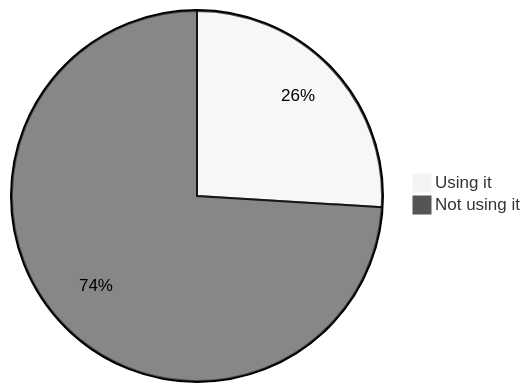
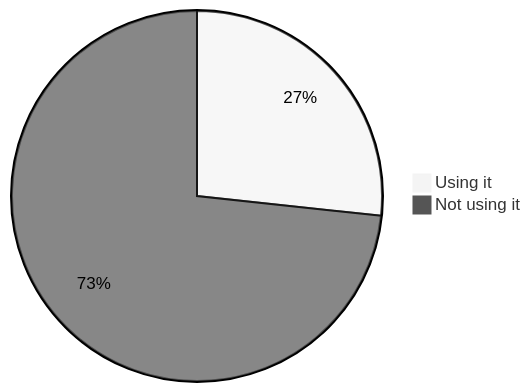
One commit to oshp/oshp-stats changed diagram 14 of 22 in stats.md. Above: the diagram before and after it, drawn with Mermaid (neutral theme). The commit also changed other lines of this file, not shown here.

````diff
--- a/stats.md
+++ b/stats.md
@@ -166,6 +166,6 @@
 ```mermaid
 pie
-	"Using it" : 25.97
-	"Not using it" : 74.03
+	"Using it" : 26.7
+	"Not using it" : 73.3
 
 ```
````
